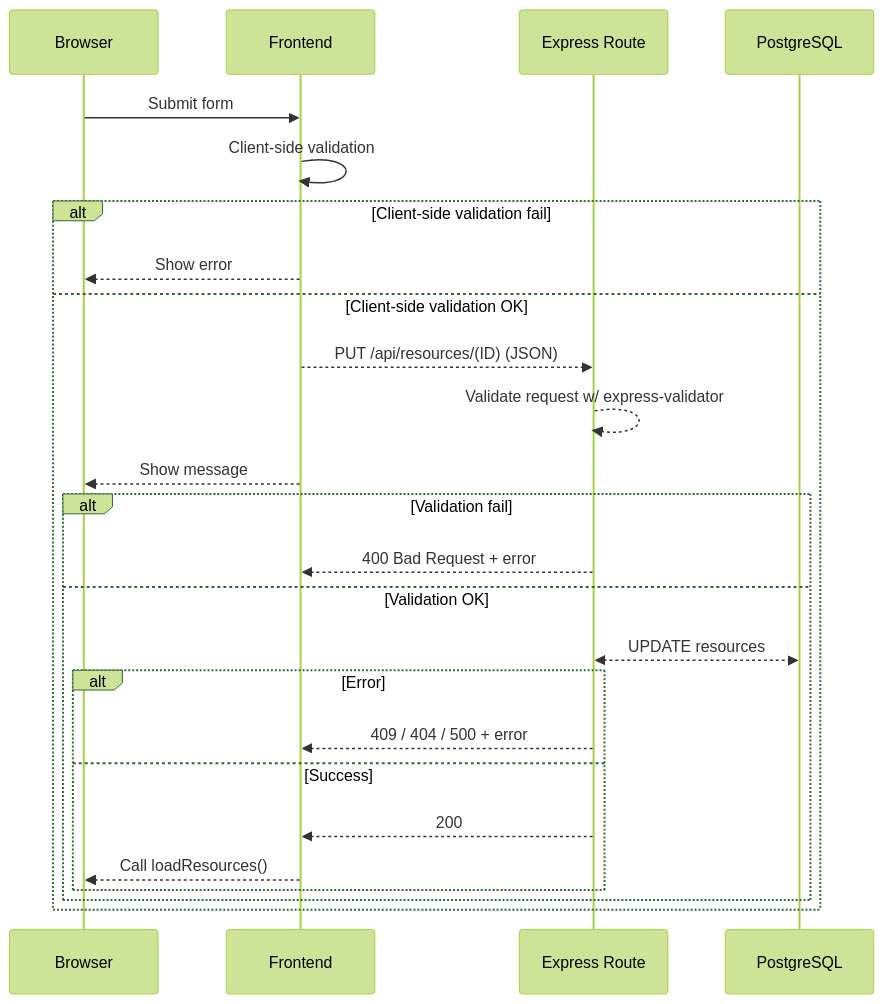
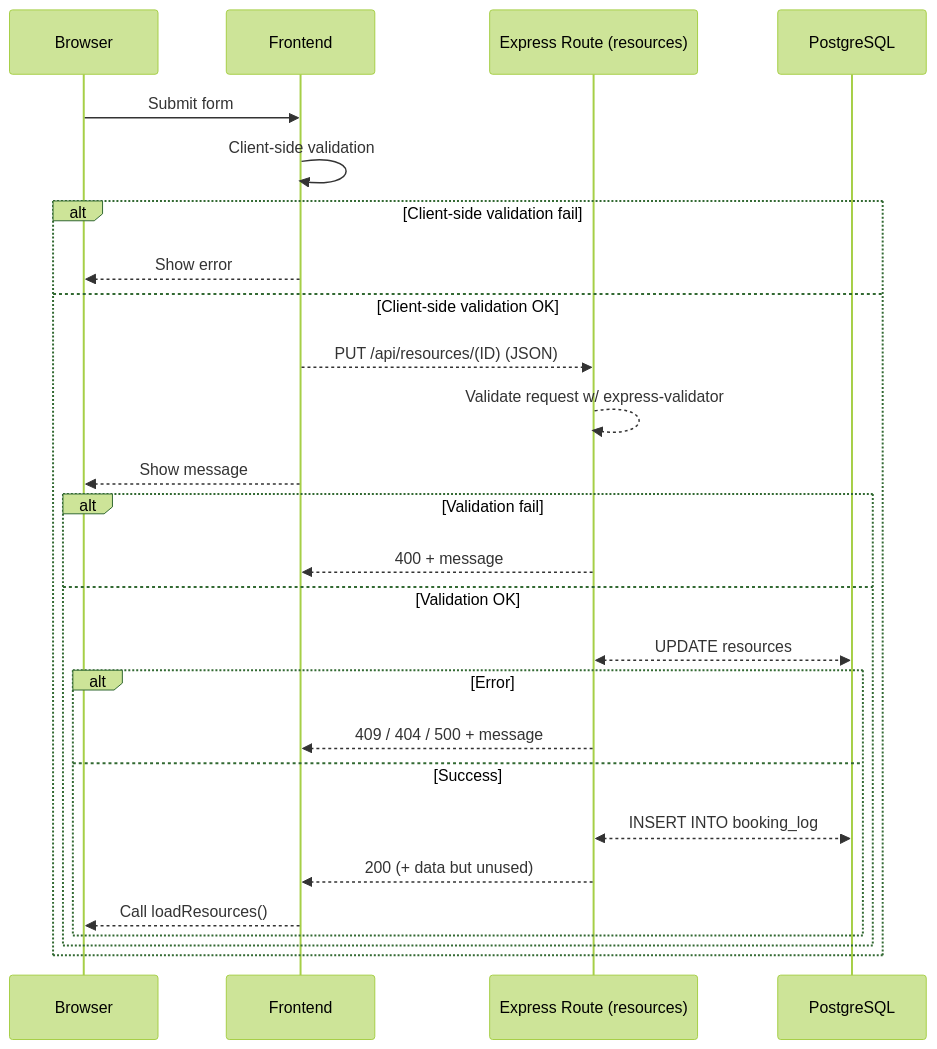
One commit to samipaa/webdev2026 changed the third of 4 diagrams in BookingSystem/Phase6/G1_CRUD_DataFlow.md. Above: the diagram before and after it, drawn with Mermaid (forest theme). The commit also changed other lines of this file, not shown here.

````diff
--- a/BookingSystem/Phase6/G1_CRUD_DataFlow.md
+++ b/BookingSystem/Phase6/G1_CRUD_DataFlow.md
@@ -60,30 +64,31 @@
 ```mermaid
 sequenceDiagram
     participant U as Browser
     participant F as Frontend
-    participant B as Express Route
+    participant B as Express Route (resources)
     participant DB as PostgreSQL
 
     U->>F: Submit form
     F->>F: Client-side validation
 
     alt Client-side validation fail
         F-->>U: Show error
     else Client-side validation OK
         F-->>B: PUT /api/resources/(ID) (JSON)
         B-->>B: Validate request w/ express-validator
         F-->>U: Show message
         alt Validation fail
-            B-->>F: 400 Bad Request + error
+            B-->>F: 400 + message
         else Validation OK
             B<<-->>DB: UPDATE resources
 
             alt Error
-                B-->>F: 409 / 404 / 500 + error
+                B-->>F: 409 / 404 / 500 + message
             else Success
-                B-->>F: 200
+                B<<-->>DB: INSERT INTO booking_log
+                B-->>F: 200 (+ data but unused)
                 F-->>U: Call loadResources()
             end
         end
     end
 ```
````
